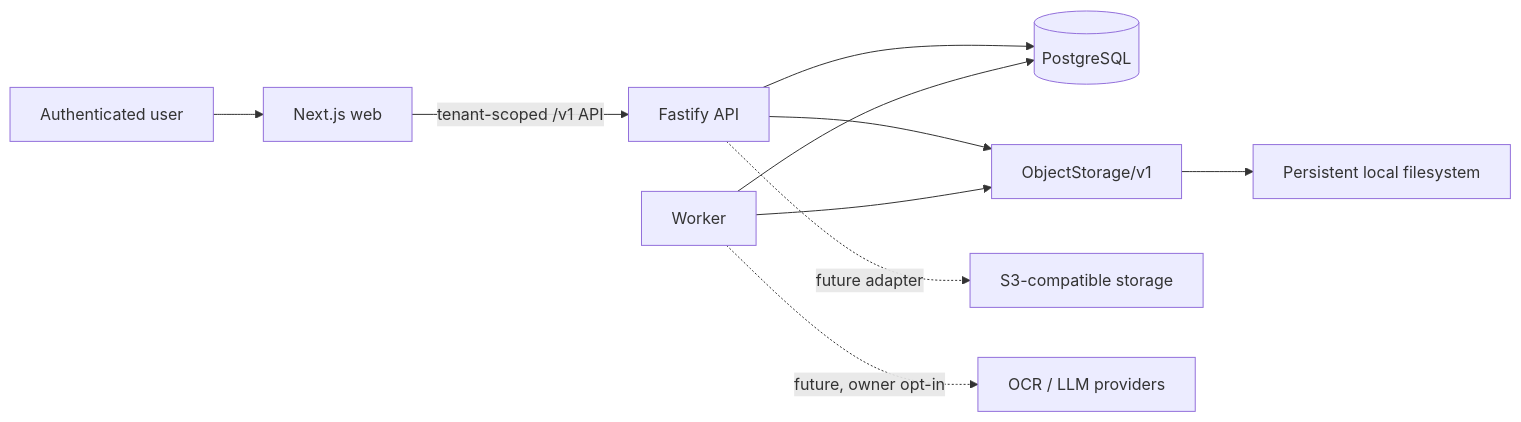
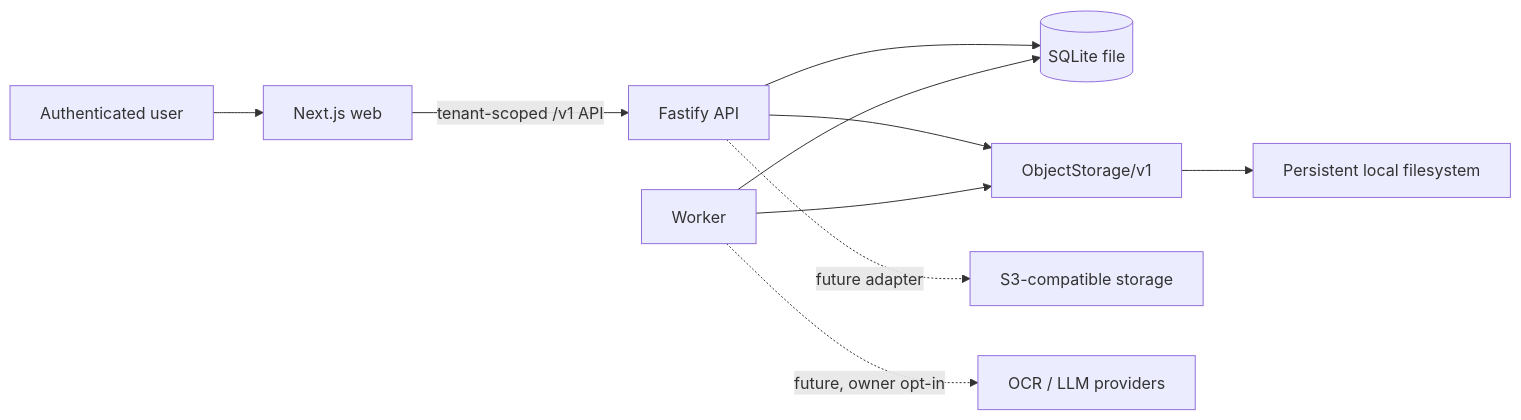
One commit to Braidner/veylta changed the first of 2 diagrams in docs/architecture.md. Above: the diagram before and after it, drawn with Mermaid. The commit also changed other lines of this file and 81 other files, not shown here.

````diff
--- a/docs/architecture.md
+++ b/docs/architecture.md
@@ -17,12 +18,12 @@
 ```mermaid
 flowchart LR
   U["Authenticated user"] --> W["Next.js web"]
   W -->|"tenant-scoped /v1 API"| A["Fastify API"]
-  A --> P[("PostgreSQL")]
+  A --> P[("SQLite file")]
   A --> O["ObjectStorage/v1"]
   J["Worker"] --> P
   J --> O
   O --> L["Persistent local filesystem"]
   A -. "future adapter" .-> S["S3-compatible storage"]
   J -. "future, owner opt-in" .-> X["OCR / LLM providers"]
 ```
````
